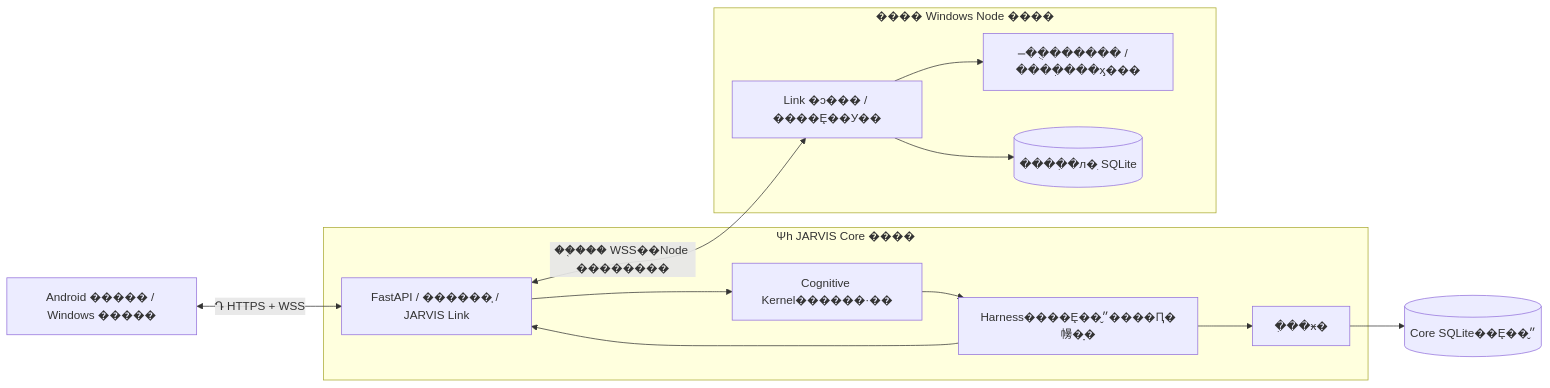
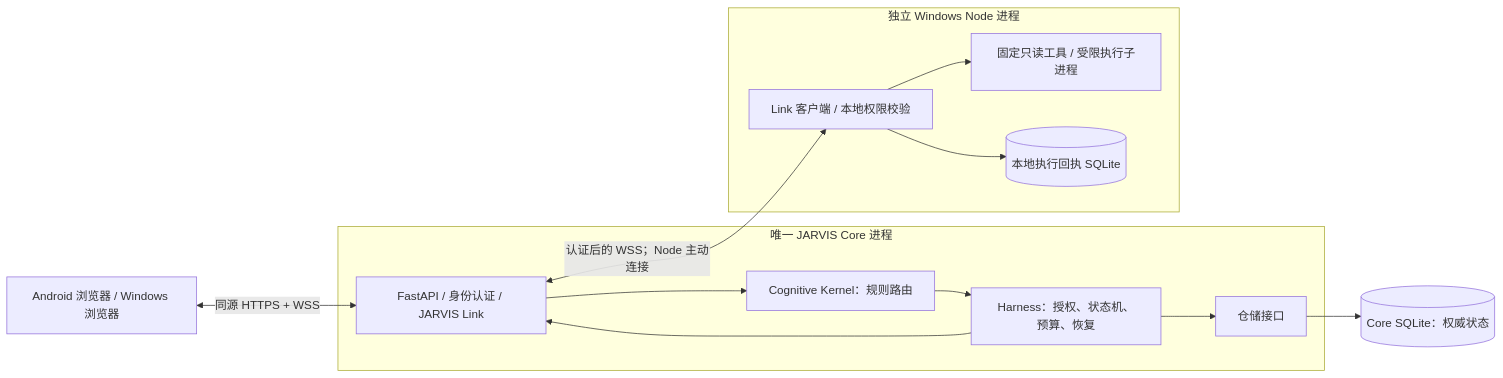
Before and after one commit to jxt159753/nexus: the first of 3 diagrams in docs/ARCHITECTURE.md, drawn with Mermaid. The commit also changed other lines of this file and 17 other files, not shown here.

````diff
--- a/docs/ARCHITECTURE.md
+++ b/docs/ARCHITECTURE.md
@@ -85,23 +85,23 @@
 ```mermaid
 flowchart LR
-    W[Android ����� / Windows �����]
-    subgraph C[Ψһ JARVIS Core ����]
-        A[FastAPI / ������֤ / JARVIS Link]
-        K[Cognitive Kernel������·��]
-        H[Harness����Ȩ��״̬����Ԥ�㡢�ָ�]
-        R[�ִ��ӿ�]
+    W[Android 浏览器 / Windows 浏览器]
+    subgraph C[唯一 JARVIS Core 进程]
+        A[FastAPI / 身份认证 / JARVIS Link]
+        K[Cognitive Kernel：规则路由]
+        H[Harness：授权、状态机、预算、恢复]
+        R[仓储接口]
         A --> K --> H --> R
         H --> A
     end
-    D[(Core SQLite��Ȩ��״̬)]
-    subgraph N[���� Windows Node ����]
-        L[Link �ͻ��� / ����Ȩ��У��]
-        T[�̶�ֻ������ / ����ִ���ӽ���]
-        J[(����ִ�л�ִ SQLite)]
+    D[(Core SQLite：权威状态)]
+    subgraph N[独立 Windows Node 进程]
+        L[Link 客户端 / 本地权限校验]
+        T[固定只读工具 / 受限执行子进程]
+        J[(本地执行回执 SQLite)]
         L --> T
         L --> J
     end
-    W <-->|ͬԴ HTTPS + WSS| A
-    A <-->|��֤��� WSS��Node ��������| L
+    W <-->|同源 HTTPS + WSS| A
+    A <-->|认证后的 WSS；Node 主动连接| L
     R --> D
 ```
````
